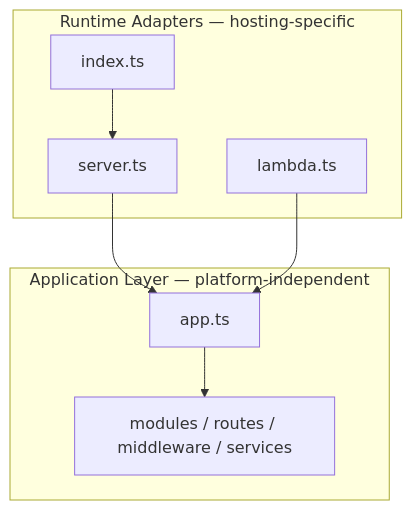
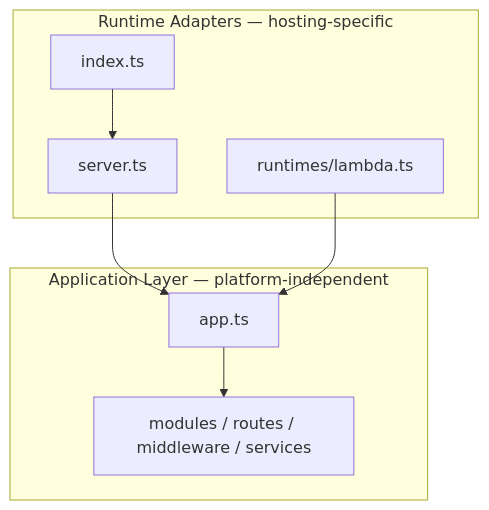
One commit to novasafe-org/novasafe-backend changed the diagram in docs/runtime-architecture.md. Above: the diagram before and after it, drawn with Mermaid. The commit also changed other lines of this file and 15 other files, not shown here.

````diff
--- a/docs/runtime-architecture.md
+++ b/docs/runtime-architecture.md
@@ -11,18 +11,18 @@
 ```mermaid
 flowchart TB
   subgraph runtimes [Runtime Adapters — hosting-specific]
     INDEX[index.ts]
     SERVER[server.ts]
-    LAMBDA[lambda.ts]
+    LAMBDA[runtimes/lambda.ts]
   end
 
   subgraph app [Application Layer — platform-independent]
     APP[app.ts]
     MODULES[modules / routes / middleware / services]
   end
 
   INDEX --> SERVER
   SERVER --> APP
   LAMBDA --> APP
   APP --> MODULES
 ```
````
